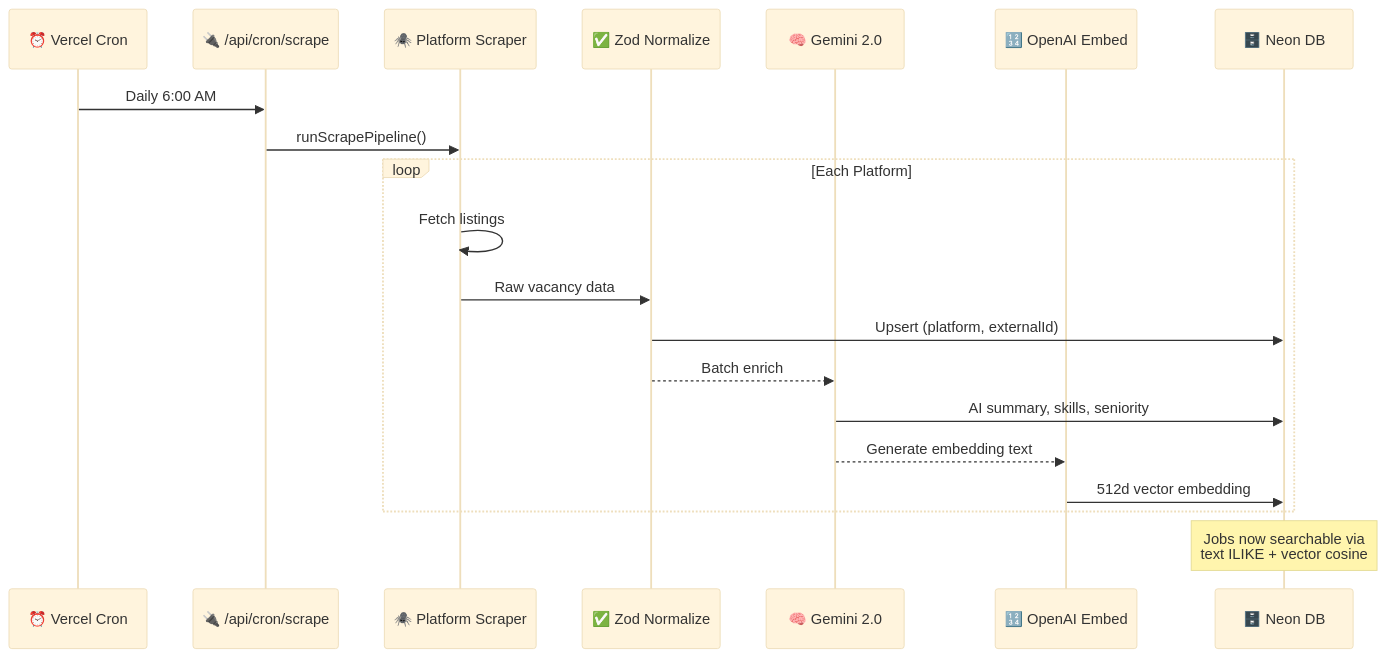
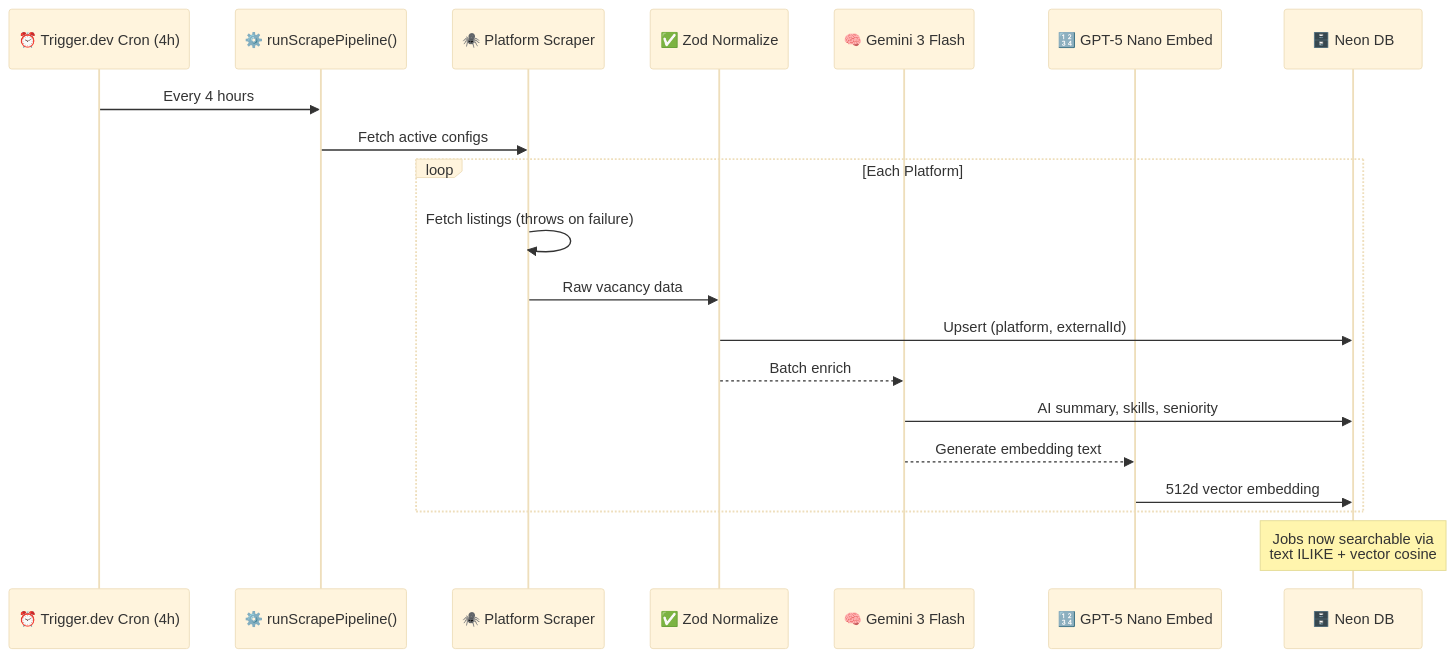
Before and after one commit to RyanLisse/motian: the second of 11 diagrams in README.en.md, drawn with Mermaid (base theme). The commit also changed other lines of this file and 1 other file, not shown here.

First line of the commit message:
docs: update READMEs with 3-layer matching, CV pipeline, Trigger.dev, Grok 4

````diff
--- a/README.en.md
+++ b/README.en.md
@@ -101,25 +121,25 @@
 ```mermaid
 sequenceDiagram
-    participant Cron as ⏰ Vercel Cron
-    participant API as 🔌 /api/cron/scrape
+    participant Cron as ⏰ Trigger.dev Cron (4h)
+    participant Pipeline as ⚙️ runScrapePipeline()
     participant Scraper as 🕷️ Platform Scraper
     participant Zod as ✅ Zod Normalize
-    participant Gemini as 🧠 Gemini 2.0
-    participant OpenAI as 🔢 OpenAI Embed
+    participant Gemini as 🧠 Gemini 3 Flash
+    participant OpenAI as 🔢 GPT-5 Nano Embed
     participant DB as 🗄️ Neon DB
 
-    Cron->>API: Daily 6:00 AM
-    API->>Scraper: runScrapePipeline()
+    Cron->>Pipeline: Every 4 hours
+    Pipeline->>Scraper: Fetch active configs
 
     loop Each Platform
-        Scraper->>Scraper: Fetch listings
+        Scraper->>Scraper: Fetch listings (throws on failure)
         Scraper->>Zod: Raw vacancy data
         Zod->>DB: Upsert (platform, externalId)
         Zod-->>Gemini: Batch enrich
         Gemini->>DB: AI summary, skills, seniority
         Gemini-->>OpenAI: Generate embedding text
         OpenAI->>DB: 512d vector embedding
     end
 
     Note over DB: Jobs now searchable via<br/>text ILIKE + vector cosine
 ```
````
